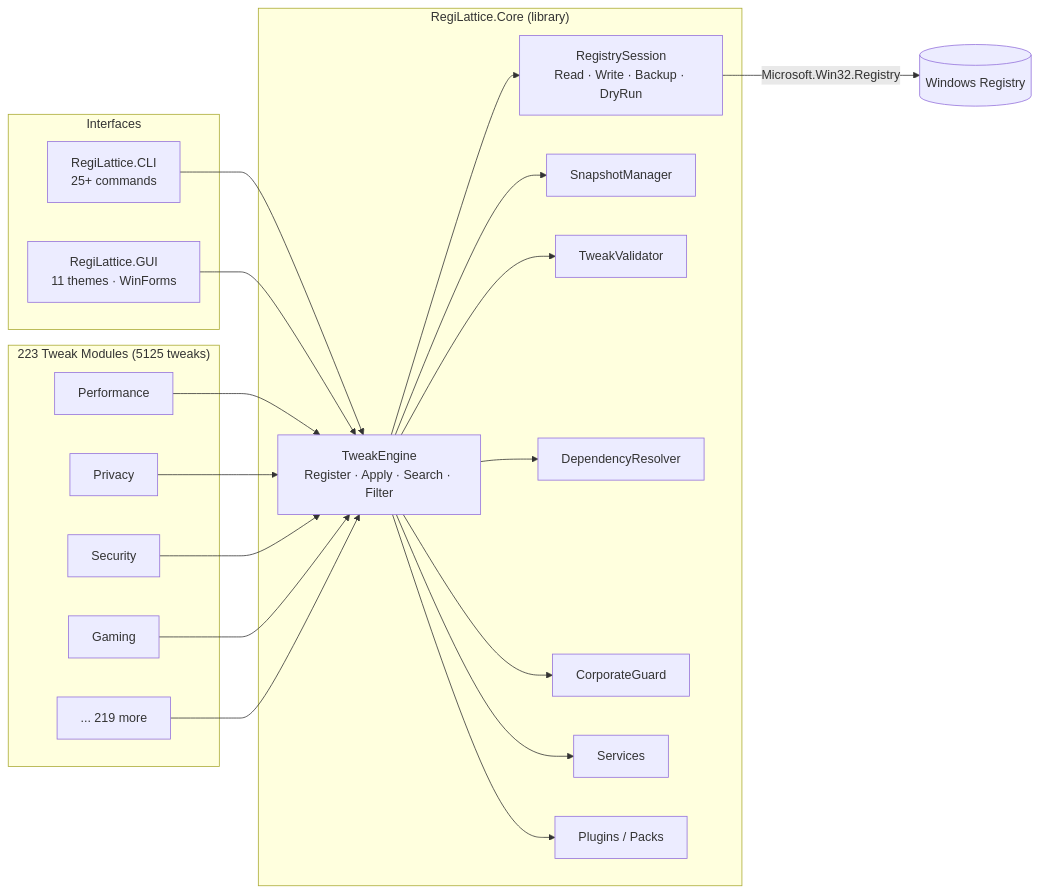
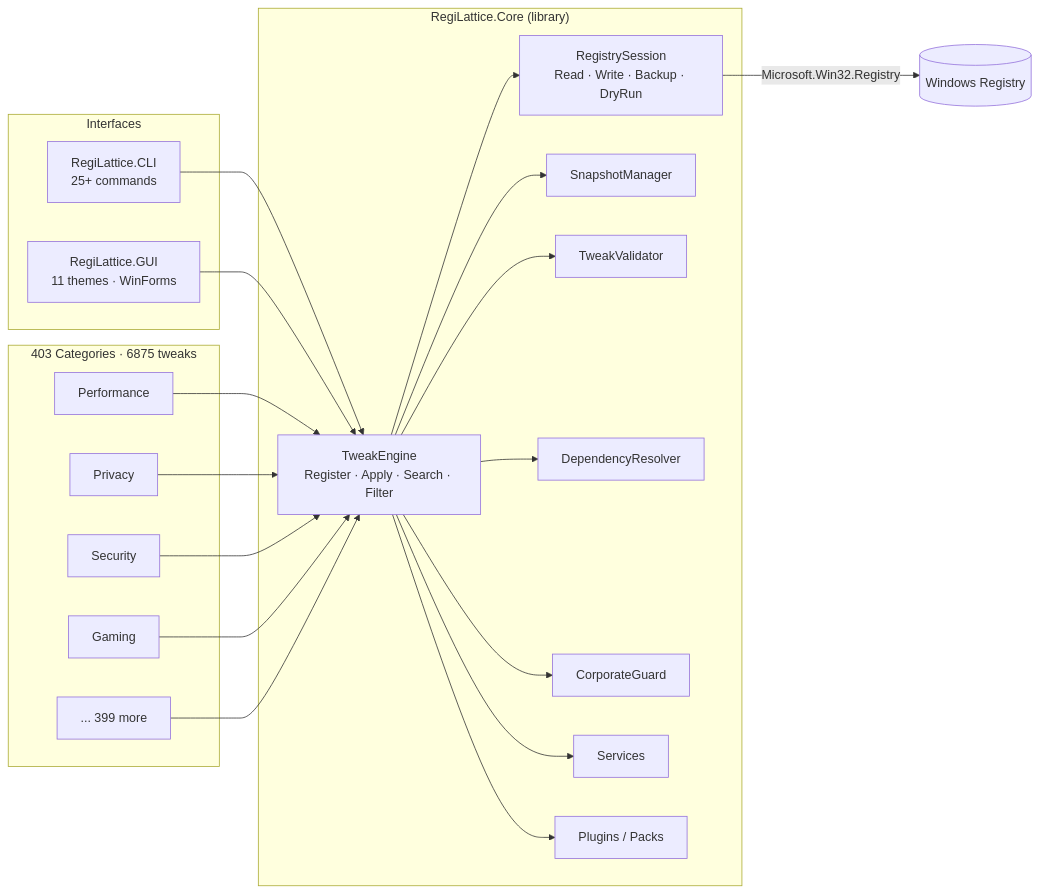
The first of 2 diagrams in README.md (RajwanYair/RegiLattice), drawn with Mermaid before and after one commit. The commit also changed other lines of this file and 16 other files, not shown here.

````diff
--- a/README.md
+++ b/README.md
@@ -86,38 +86,38 @@
 ```mermaid
 graph LR
     subgraph Interfaces
         CLI[RegiLattice.CLI<br/>25+ commands]
         GUI[RegiLattice.GUI<br/>11 themes · WinForms]
     end
 
     subgraph Core["RegiLattice.Core (library)"]
         TE[TweakEngine<br/>Register · Apply · Search · Filter]
         RS[RegistrySession<br/>Read · Write · Backup · DryRun]
         SM[SnapshotManager]
         TV[TweakValidator]
         DR[DependencyResolver]
         CG[CorporateGuard]
         SV[Services]
         PM[Plugins / Packs]
     end
 
-    subgraph Tweaks["223 Tweak Modules (5125 tweaks)"]
+    subgraph Tweaks["403 Categories · 6875 tweaks"]
         T1[Performance]
         T2[Privacy]
         T3[Security]
         T4[Gaming]
-        TN[... 219 more]
+        TN[... 399 more]
     end
 
     CLI --> TE
     GUI --> TE
     TE --> RS
     TE --> SM
     TE --> TV
     TE --> DR
     TE --> CG
     TE --> SV
     TE --> PM
     T1 & T2 & T3 & T4 & TN --> TE
     RS -->|Microsoft.Win32.Registry| WR[(Windows Registry)]
 ```
````
